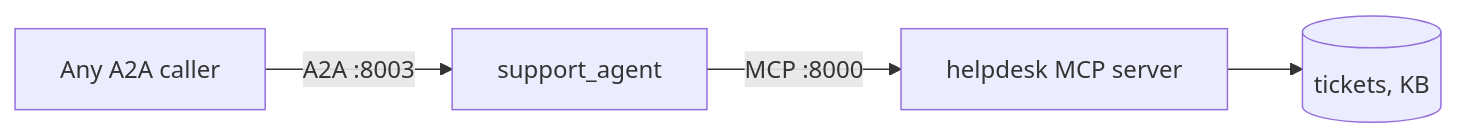
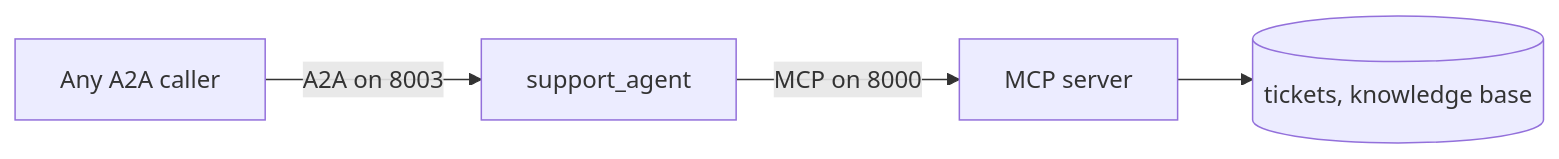
The diagram in docs/03-lab-interop.md (CyberNautical/Hands-On-Agent-Protocol-Integration), drawn with Mermaid before and after one commit. The commit also changed other lines of this file and 9 other files, not shown here.

````diff
--- a/docs/03-lab-interop.md
+++ b/docs/03-lab-interop.md
@@ -47,6 +55,6 @@
 ```mermaid
 graph LR
-    Caller[Any A2A caller] -->|"A2A :8003"| S[support_agent]
-    S -->|"MCP :8000"| M[helpdesk MCP server]
-    M --> D[(tickets, KB)]
+    Caller[Any A2A caller] -->|"A2A on 8003"| S[support_agent]
+    S -->|"MCP on 8000"| M[MCP server]
+    M --> D[(tickets, knowledge base)]
 ```
````
